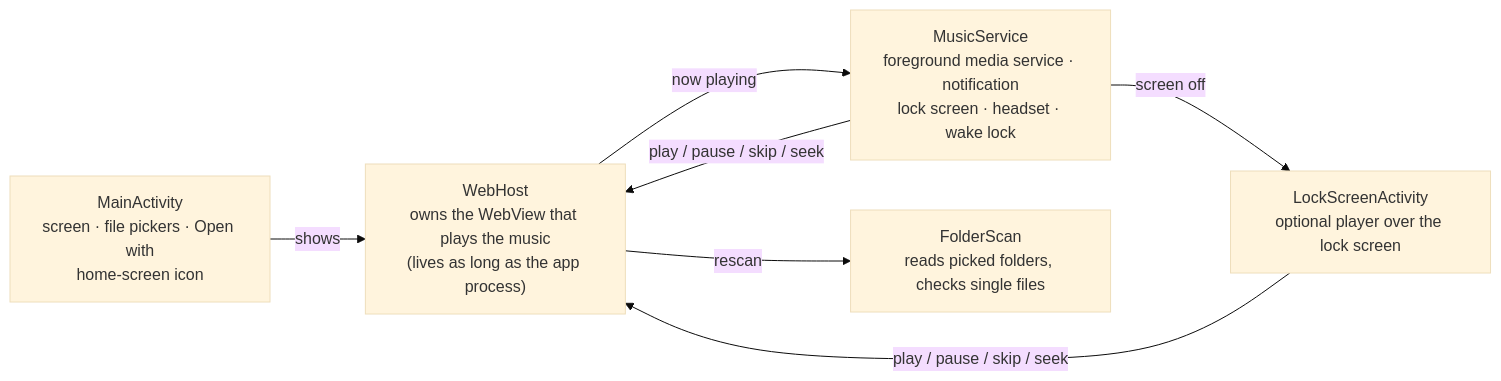
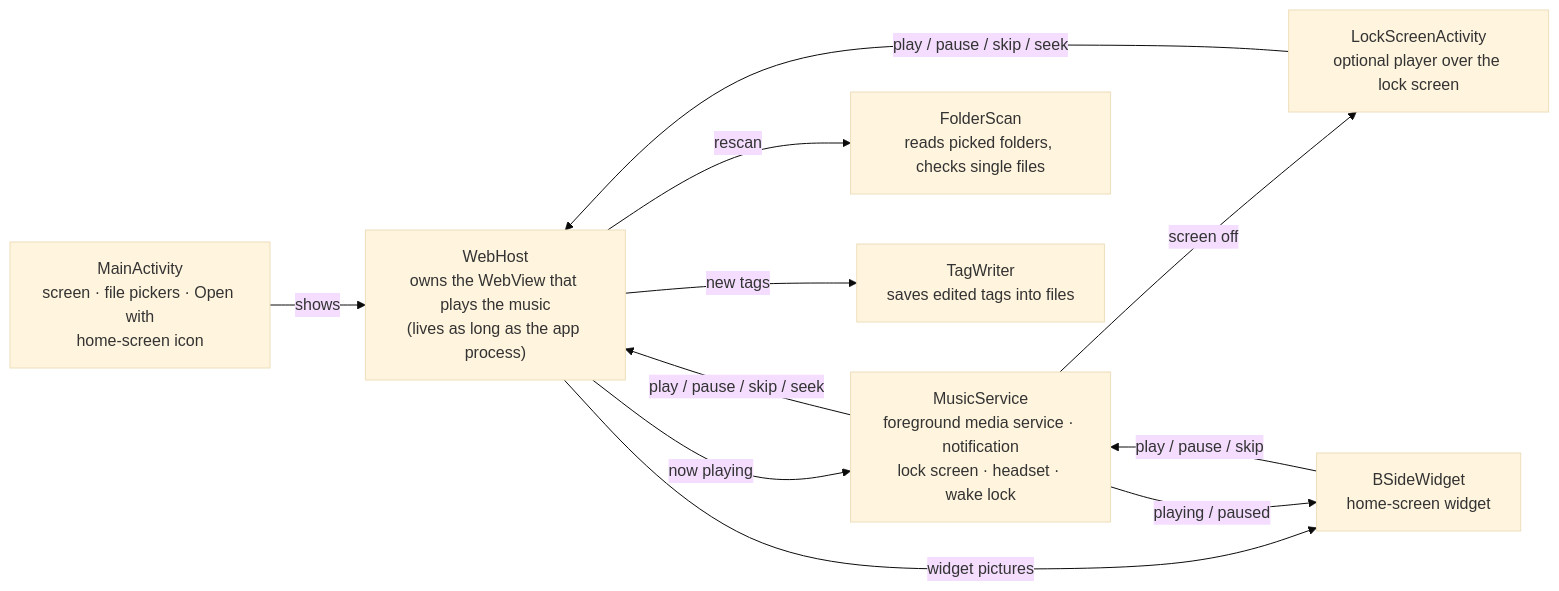
Before and after one commit to TymonBitesTheDust/B-Side: the diagram in docs/DEVELOPING.md, drawn with Mermaid (base theme). The commit also changed other lines of this file and 16 other files, not shown here.

First line of the commit message:
B-Side 1.11.0: gapless and crossfade, skip silence, tag editor, stats and recap, waveform seekbar, home-screen widget, Settings in sections

````diff
--- a/docs/DEVELOPING.md
+++ b/docs/DEVELOPING.md
@@ -123,13 +145,19 @@
 ```mermaid
 flowchart LR
     A["MainActivity<br/>screen · file pickers · Open with<br/>home-screen icon"] -- shows --> W
     W["WebHost<br/>owns the WebView that plays the music<br/>(lives as long as the app process)"]
     S["MusicService<br/>foreground media service · notification<br/>lock screen · headset · wake lock"]
     L["LockScreenActivity<br/>optional player over the lock screen"]
     F["FolderScan<br/>reads picked folders, checks single files"]
+    G["BSideWidget<br/>home-screen widget"]
+    T["TagWriter<br/>saves edited tags into files"]
     W -- now playing --> S
     S -- play / pause / skip / seek --> W
     S -- screen off --> L
     L -- play / pause / skip / seek --> W
     W -- rescan --> F
+    W -- widget pictures --> G
+    S -- playing / paused --> G
+    G -- play / pause / skip --> S
+    W -- new tags --> T
 ```
````
